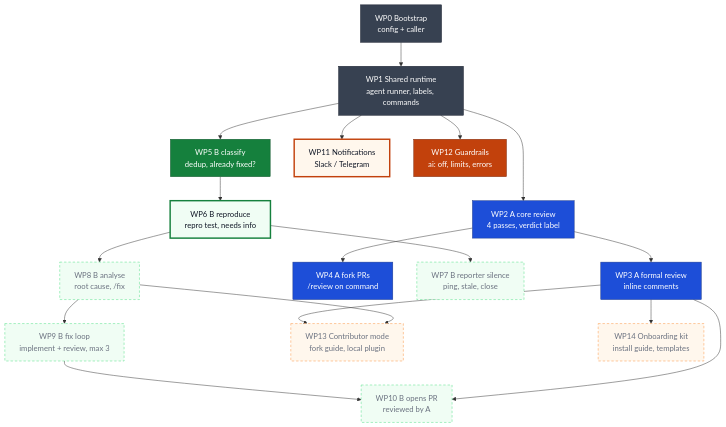
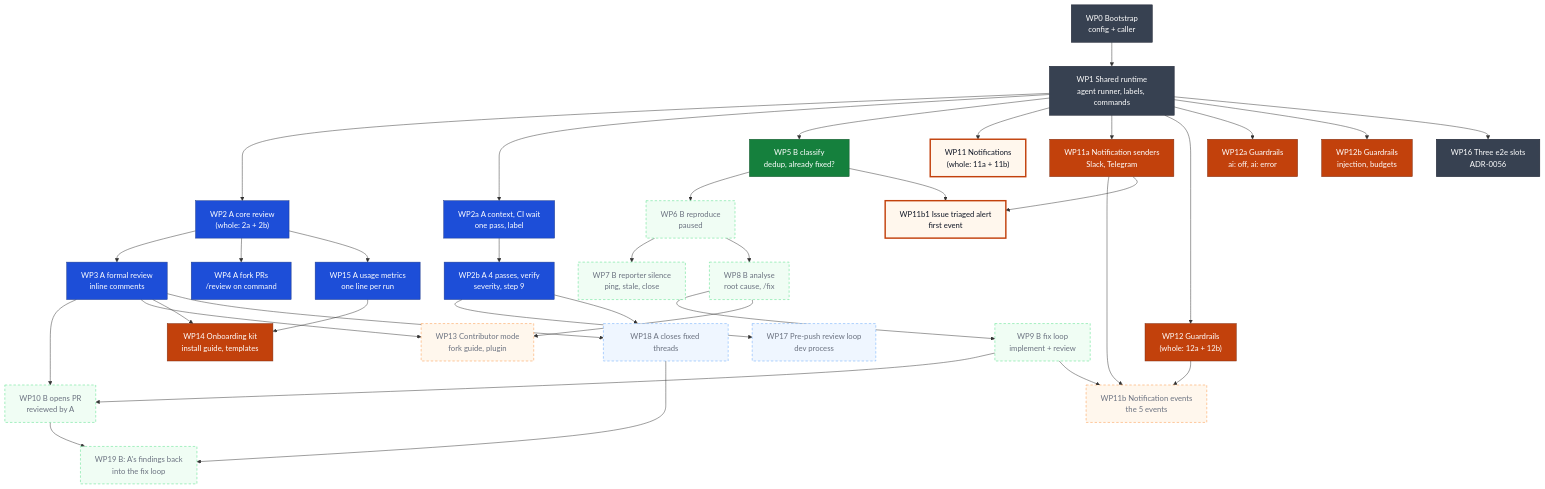
One commit to esciara/ai-workflows changed the first of 14 diagrams in docs/diagrams.md. Above: the diagram before and after it, drawn with Mermaid. The commit also changed other lines of this file and 1 other file, not shown here.

First line of the commit message:
docs(diagrams): full hand-maintained refresh (2026-11-14)

````diff
--- a/docs/diagrams.md
+++ b/docs/diagrams.md
@@ -21,31 +22,68 @@
 ```mermaid
 flowchart TD
-  %% Status is not typed here: render-diagrams sets each WP's class from its Status in docs/plan.md.
-  %% Lanes: <lane> not started, <lane>Wip in progress, <lane>Done done.
-  %% lane base: WP0 WP1
-  %% lane a: WP2 WP3 WP4
-  %% lane b: WP5 WP6 WP7 WP8 WP9 WP10
-  %% lane x: WP11 WP12 WP13 WP14
+  %% Hand-maintained. Classes: <lane> not started or paused, <lane>Wip in progress, <lane>Done done; set from the plan's Status column.
+  WP0["WP0 Bootstrap<br/>config + caller"]
+  WP1["WP1 Shared runtime<br/>agent runner, labels, commands"]
+  WP2["WP2 A core review<br/>(whole: 2a + 2b)"]
+  WP2a["WP2a A context, CI wait<br/>one pass, label"]
+  WP2b["WP2b A 4 passes, verify<br/>severity, step 9"]
+  WP3["WP3 A formal review<br/>inline comments"]
+  WP4["WP4 A fork PRs<br/>/review on command"]
+  WP5["WP5 B classify<br/>dedup, already fixed?"]
+  WP6["WP6 B reproduce<br/>paused"]
+  WP7["WP7 B reporter silence<br/>ping, stale, close"]
+  WP8["WP8 B analyse<br/>root cause, /fix"]
+  WP9["WP9 B fix loop<br/>implement + review"]
+  WP10["WP10 B opens PR<br/>reviewed by A"]
+  WP11["WP11 Notifications<br/>(whole: 11a + 11b)"]
+  WP11a["WP11a Notification senders<br/>Slack, Telegram"]
+  WP11b["WP11b Notification events<br/>the 5 events"]
+  WP11b1["WP11b1 Issue triaged alert<br/>first event"]
+  WP12["WP12 Guardrails<br/>(whole: 12a + 12b)"]
+  WP12a["WP12a Guardrails<br/>ai: off, ai: error"]
+  WP12b["WP12b Guardrails<br/>injection, budgets"]
+  WP13["WP13 Contributor mode<br/>fork guide, plugin"]
+  WP14["WP14 Onboarding kit<br/>install guide, templates"]
+  WP15["WP15 A usage metrics<br/>one line per run"]
+  WP16["WP16 Three e2e slots<br/>ADR-0056"]
+  WP17["WP17 Pre-push review loop<br/>dev process"]
+  WP18["WP18 A closes fixed threads"]
+  WP19["WP19 B: A's findings back<br/>into the fix loop"]
 
-  WP0["WP0 Bootstrap<br/>config + caller"] --> WP1["WP1 Shared runtime<br/>agent runner, labels, commands"]
-
-  WP1 --> WP2["WP2 A core review<br/>4 passes, verdict label"]
-  WP2 --> WP3["WP3 A formal review<br/>inline comments"]
-  WP2 --> WP4["WP4 A fork PRs<br/>/review on command"]
-
-  WP1 --> WP5["WP5 B classify<br/>dedup, already fixed?"]
-  WP5 --> WP6["WP6 B reproduce<br/>repro test, needs info"]
-  WP6 --> WP7["WP7 B reporter silence<br/>ping, stale, close"]
-  WP6 --> WP8["WP8 B analyse<br/>root cause, /fix"]
-  WP8 --> WP9["WP9 B fix loop<br/>implement + review, max 3"]
-  WP9 --> WP10["WP10 B opens PR<br/>reviewed by A"]
+  WP0 --> WP1
+  WP1 --> WP2
+  WP1 --> WP2a
+  WP2a --> WP2b
+  WP2 --> WP3
+  WP2 --> WP4
+  WP1 --> WP5
+  WP5 --> WP6
+  WP6 --> WP7
+  WP6 --> WP8
+  WP8 --> WP9
+  WP9 --> WP10
   WP3 --> WP10
-
-  WP1 --> WP11["WP11 Notifications<br/>Slack / Telegram"]
-  WP1 --> WP12["WP12 Guardrails<br/>ai: off, limits, errors"]
-  WP3 --> WP13["WP13 Contributor mode<br/>fork guide, local plugin"]
+  WP1 --> WP11
+  WP1 --> WP11a
+  WP11a --> WP11b
+  WP9 --> WP11b
+  WP12 --> WP11b
+  WP11a --> WP11b1
+  WP5 --> WP11b1
+  WP1 --> WP12
+  WP1 --> WP12a
+  WP1 --> WP12b
+  WP3 --> WP13
   WP8 --> WP13
-  WP3 --> WP14["WP14 Onboarding kit<br/>install guide, templates"]
+  WP3 --> WP14
+  WP15 --> WP14
+  WP2 --> WP15
+  WP1 --> WP16
+  WP2b --> WP17
+  WP2b --> WP18
+  WP3 --> WP18
+  WP10 --> WP19
+  WP18 --> WP19
 
   classDef base fill:#f3f4f6,stroke:#9ca3af,stroke-dasharray:5 4,color:#6b7280
   classDef a fill:#eff6ff,stroke:#60a5fa,stroke-dasharray:5 4,color:#6b7280
@@ -60,35 +98,59 @@
   classDef bDone fill:#15803d,stroke:#14532d,color:#ffffff
   classDef xDone fill:#c2410c,stroke:#7c2d12,color:#ffffff
 
-  click WP0 "https://github.com/esciara/ai-workflows/blob/main/docs/plan.md?plain=1#L32" "Open WP0 in docs/plan.md" _blank
-  click WP1 "https://github.com/esciara/ai-workflows/blob/main/docs/plan.md?plain=1#L33" "Open WP1 in docs/plan.md" _blank
-  click WP2 "https://github.com/esciara/ai-workflows/blob/main/docs/plan.md?plain=1#L34" "Open WP2 in docs/plan.md" _blank
-  click WP3 "https://github.com/esciara/ai-workflows/blob/main/docs/plan.md?plain=1#L37" "Open WP3 in docs/plan.md" _blank
-  click WP4 "https://github.com/esciara/ai-workflows/blob/main/docs/plan.md?plain=1#L38" "Open WP4 in docs/plan.md" _blank
-  click WP5 "https://github.com/esciara/ai-workflows/blob/main/docs/plan.md?plain=1#L39" "Open WP5 in docs/plan.md" _blank
-  click WP6 "https://github.com/esciara/ai-workflows/blob/main/docs/plan.md?plain=1#L40" "Open WP6 in docs/plan.md" _blank
-  click WP7 "https://github.com/esciara/ai-workflows/blob/main/docs/plan.md?plain=1#L41" "Open WP7 in docs/plan.md" _blank
-  click WP8 "https://github.com/esciara/ai-workflows/blob/main/docs/plan.md?plain=1#L42" "Open WP8 in docs/plan.md" _blank
-  click WP9 "https://github.com/esciara/ai-workflows/blob/main/docs/plan.md?plain=1#L43" "Open WP9 in docs/plan.md" _blank
-  click WP10 "https://github.com/esciara/ai-workflows/blob/main/docs/plan.md?plain=1#L44" "Open WP10 in docs/plan.md" _blank
-  click WP11 "https://github.com/esciara/ai-workflows/blob/main/docs/plan.md?plain=1#L45" "Open WP11 in docs/plan.md" _blank
-  click WP12 "https://github.com/esciara/ai-workflows/blob/main/docs/plan.md?plain=1#L48" "Open WP12 in docs/plan.md" _blank
-  click WP13 "https://github.com/esciara/ai-workflows/blob/main/docs/plan.md?plain=1#L51" "Open WP13 in docs/plan.md" _blank
-  click WP14 "https://github.com/esciara/ai-workflows/blob/main/docs/plan.md?plain=1#L52" "Open WP14 in docs/plan.md" _blank
+  click WP0 "https://github.com/esciara/ai-workflows/blob/main/docs/plan.md?plain=1#L34" "Open WP0 in docs/plan.md" _blank
+  click WP1 "https://github.com/esciara/ai-workflows/blob/main/docs/plan.md?plain=1#L35" "Open WP1 in docs/plan.md" _blank
+  click WP2 "https://github.com/esciara/ai-workflows/blob/main/docs/plan.md?plain=1#L36" "Open WP2 in docs/plan.md" _blank
+  click WP2a "https://github.com/esciara/ai-workflows/blob/main/docs/plan.md?plain=1#L37" "Open WP2a in docs/plan.md" _blank
+  click WP2b "https://github.com/esciara/ai-workflows/blob/main/docs/plan.md?plain=1#L38" "Open WP2b in docs/plan.md" _blank
+  click WP3 "https://github.com/esciara/ai-workflows/blob/main/docs/plan.md?plain=1#L39" "Open WP3 in docs/plan.md" _blank
+  click WP4 "https://github.com/esciara/ai-workflows/blob/main/docs/plan.md?plain=1#L40" "Open WP4 in docs/plan.md" _blank
+  click WP5 "https://github.com/esciara/ai-workflows/blob/main/docs/plan.md?plain=1#L41" "Open WP5 in docs/plan.md" _blank
+  click WP6 "https://github.com/esciara/ai-workflows/blob/main/docs/plan.md?plain=1#L42" "Open WP6 in docs/plan.md" _blank
+  click WP7 "https://github.com/esciara/ai-workflows/blob/main/docs/plan.md?plain=1#L43" "Open WP7 in docs/plan.md" _blank
+  click WP8 "https://github.com/esciara/ai-workflows/blob/main/docs/plan.md?plain=1#L44" "Open WP8 in docs/plan.md" _blank
+  click WP9 "https://github.com/esciara/ai-workflows/blob/main/docs/plan.md?plain=1#L45" "Open WP9 in docs/plan.md" _blank
+  click WP10 "https://github.com/esciara/ai-workflows/blob/main/docs/plan.md?plain=1#L46" "Open WP10 in docs/plan.md" _blank
+  click WP11 "https://github.com/esciara/ai-workflows/blob/main/docs/plan.md?plain=1#L47" "Open WP11 in docs/plan.md" _blank
+  click WP11a "https://github.com/esciara/ai-workflows/blob/main/docs/plan.md?plain=1#L48" "Open WP11a in docs/plan.md" _blank
+  click WP11b "https://github.com/esciara/ai-workflows/blob/main/docs/plan.md?plain=1#L49" "Open WP11b in docs/plan.md" _blank
+  click WP11b1 "https://github.com/esciara/ai-workflows/blob/main/docs/plan.md?plain=1#L50" "Open WP11b1 in docs/plan.md" _blank
+  click WP12 "https://github.com/esciara/ai-workflows/blob/main/docs/plan.md?plain=1#L51" "Open WP12 in docs/plan.md" _blank
+  click WP12a "https://github.com/esciara/ai-workflows/blob/main/docs/plan.md?plain=1#L52" "Open WP12a in docs/plan.md" _blank
+  click WP12b "https://github.com/esciara/ai-workflows/blob/main/docs/plan.md?plain=1#L53" "Open WP12b in docs/plan.md" _blank
+  click WP13 "https://github.com/esciara/ai-workflows/blob/main/docs/plan.md?plain=1#L54" "Open WP13 in docs/plan.md" _blank
+  click WP14 "https://github.com/esciara/ai-workflows/blob/main/docs/plan.md?plain=1#L55" "Open WP14 in docs/plan.md" _blank
+  click WP15 "https://github.com/esciara/ai-workflows/blob/main/docs/plan.md?plain=1#L56" "Open WP15 in docs/plan.md" _blank
+  click WP16 "https://github.com/esciara/ai-workflows/blob/main/docs/plan.md?plain=1#L57" "Open WP16 in docs/plan.md" _blank
+  click WP17 "https://github.com/esciara/ai-workflows/blob/main/docs/plan.md?plain=1#L58" "Open WP17 in docs/plan.md" _blank
+  click WP18 "https://github.com/esciara/ai-workflows/blob/main/docs/plan.md?plain=1#L59" "Open WP18 in docs/plan.md" _blank
+  click WP19 "https://github.com/esciara/ai-workflows/blob/main/docs/plan.md?plain=1#L60" "Open WP19 in docs/plan.md" _blank
 
   class WP0 baseDone
   class WP1 baseDone
   class WP2 aDone
+  class WP2a aDone
+  class WP2b aDone
   class WP3 aDone
   class WP4 aDone
   class WP5 bDone
-  class WP6 bWip
+  class WP6 b
   class WP7 b
   class WP8 b
   class WP9 b
   class WP10 b
   class WP11 xWip
+  class WP11a xDone
+  class WP11b x
+  class WP11b1 xWip
   class WP12 xDone
+  class WP12a xDone
+  class WP12b xDone
   class WP13 x
-  class WP14 x
+  class WP14 xDone
+  class WP15 aDone
+  class WP16 baseDone
+  class WP17 a
+  class WP18 a
+  class WP19 b
 ```
````
